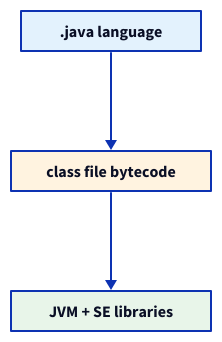
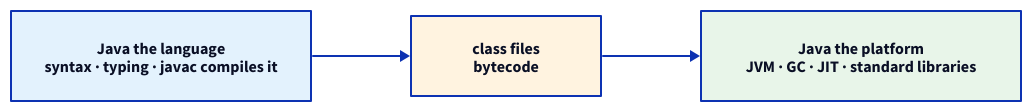
Before and after one commit to LogicAdept/SRS-Obsidian: the diagram in SRS/What is Java.md, drawn with D2. The commit also changed other lines of this file and 1 other file, not shown here.

Commit message:
Use origin fills for What is Java and Why should you use Java.

````diff
--- a/SRS/What is Java.md
+++ b/SRS/What is Java.md
@@ -20,20 +16,20 @@
 ```d2
-direction: down
-src: ".java language" {
-  width: 180
-  height: 40
+direction: right
+lang: "Java the language\nsyntax · typing · javac compiles it" {
+  width: 300
+  height: 90
   style.fill: "#e3f2fd"
 }
-cls: "class file bytecode" {
-  width: 200
-  height: 40
+cf: "class files\nbytecode" {
+  width: 190
+  height: 80
   style.fill: "#fff3e0"
 }
-vm: "JVM + SE libraries" {
-  width: 200
-  height: 40
+plat: "Java the platform\nJVM · GC · JIT · standard libraries" {
+  width: 320
+  height: 90
   style.fill: "#e8f5e9"
 }
-src -> cls
-cls -> vm
+lang -> cf
+cf -> plat
 ```
````
